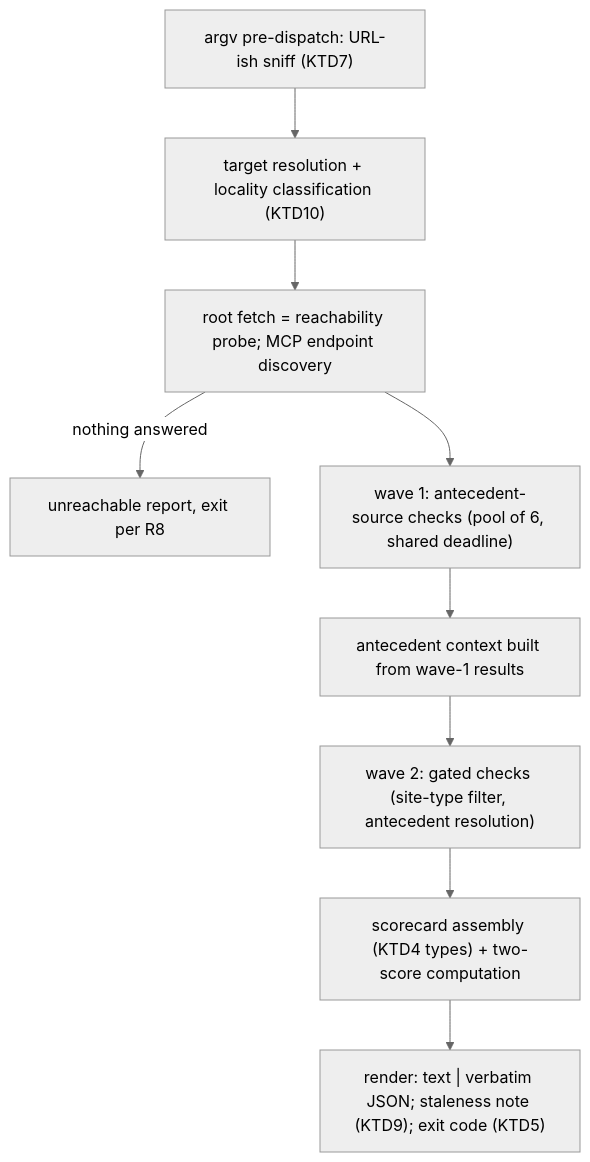
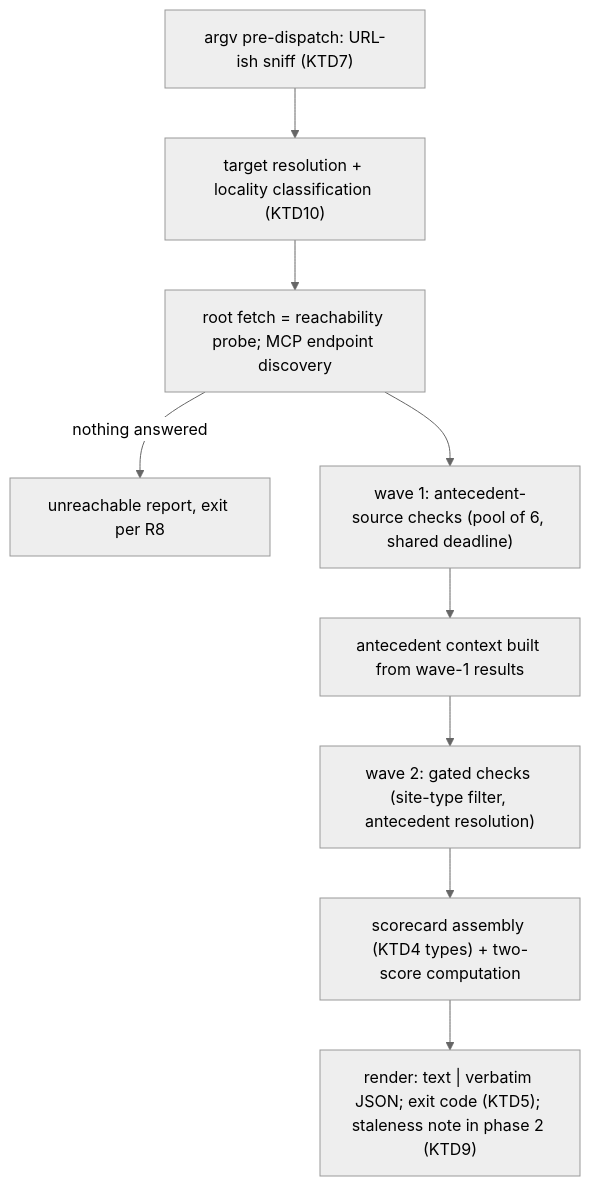
Before and after one commit to brettdavies/agentnative-cli: the second of 3 diagrams in docs/plans/2026-09-01-1611-feat-local-web-audit-plan.md, drawn with Mermaid (neutral theme). The commit also changed other lines of this file, not shown here.

````diff
--- a/docs/plans/2026-09-01-1611-feat-local-web-audit-plan.md
+++ b/docs/plans/2026-09-01-1611-feat-local-web-audit-plan.md
@@ -375,11 +407,11 @@
 ```mermaid
 flowchart TB
   A["argv pre-dispatch: URL-ish sniff (KTD7)"] --> B["target resolution + locality classification (KTD10)"]
   B --> C["root fetch = reachability probe; MCP endpoint discovery"]
   C -->|nothing answered| U["unreachable report, exit per R8"]
   C --> D["wave 1: antecedent-source checks (pool of 6, shared deadline)"]
   D --> E["antecedent context built from wave-1 results"]
   E --> F["wave 2: gated checks (site-type filter, antecedent resolution)"]
   F --> G["scorecard assembly (KTD4 types) + two-score computation"]
-  G --> H["render: text | verbatim JSON; staleness note (KTD9); exit code (KTD5)"]
+  G --> H["render: text | verbatim JSON; exit code (KTD5); staleness note in phase 2 (KTD9)"]
 ```
````
